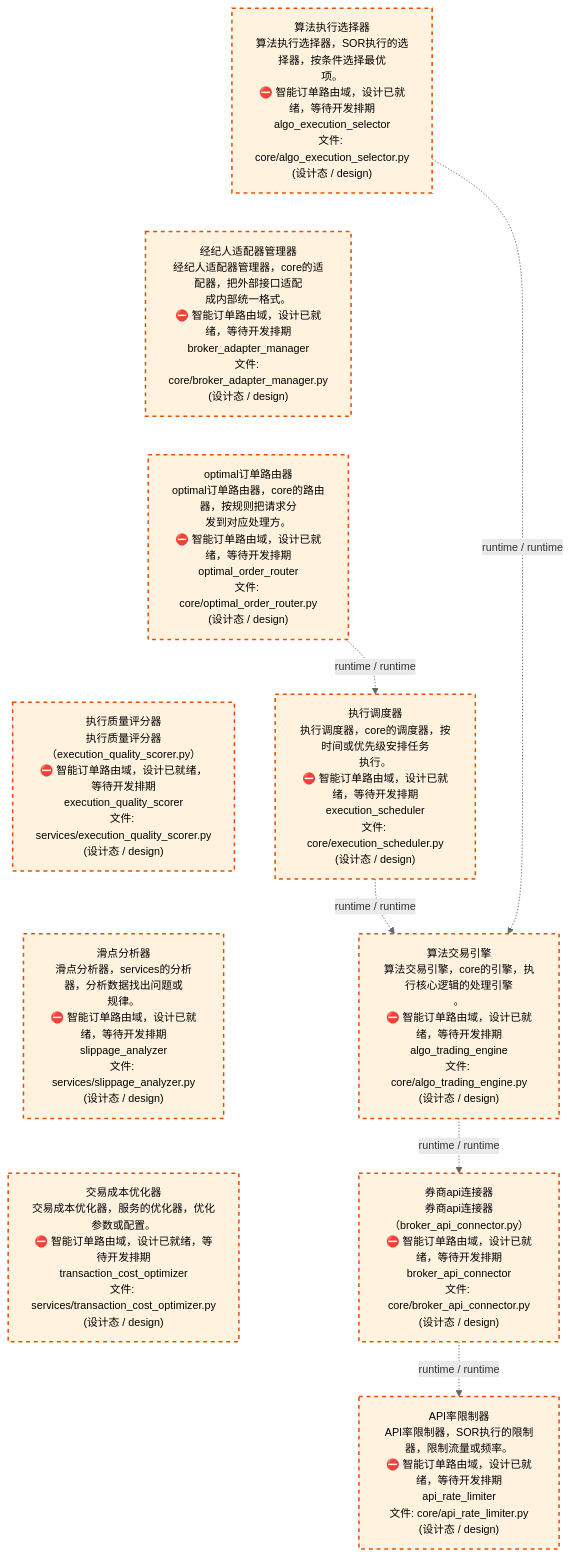
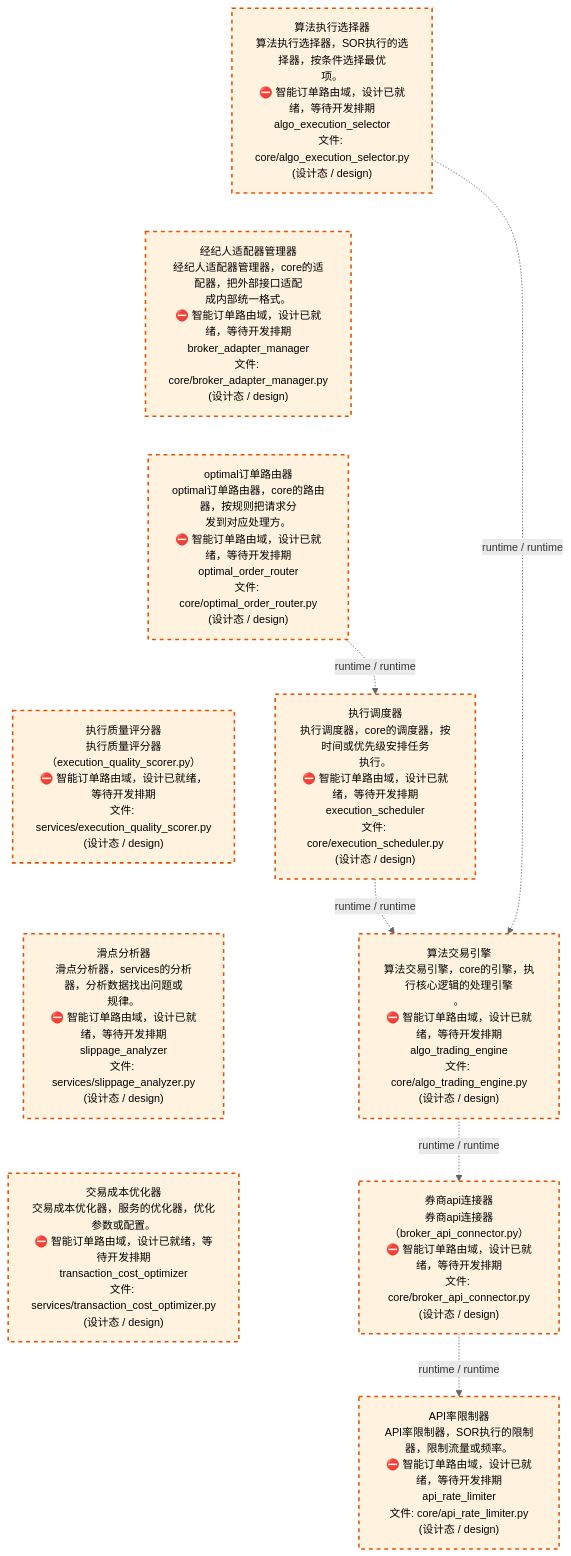
The third of 4 diagrams in docs/02_enterprise_architecture/02_domain_architecture_docs/45_d_ex_sor.md (xuanFelixVan/ZephyrAlpha), drawn with Mermaid before and after one commit. The commit also changed other lines of this file and 60 other files, not shown here.

````diff
--- a/docs/02_enterprise_architecture/02_domain_architecture_docs/45_d_ex_sor.md
+++ b/docs/02_enterprise_architecture/02_domain_architecture_docs/45_d_ex_sor.md
@@ -138,29 +138,29 @@
 ```mermaid
 %%{init: {'theme': 'base', 'themeVariables': {'primaryColor': '#eaeaea', 'primaryTextColor': '#333333', 'primaryBorderColor': '#666666', 'lineColor': '#666666', 'secondaryColor': '#eaeaea', 'tertiaryColor': '#eaeaea', 'fontSize': '14px'}}}%%
 flowchart TD
     src_zephyr_ex_sor_core_algo_execution_selector_py["算法执行选择器<br/>算法执行选择器，SOR执行的选择器，按条件选择最优<br/>项。<br/>⛔ 智能订单路由域，设计已就绪，等待开发排期<br/>algo_execution_selector<br/>文件: core/algo_execution_selector.py<br/>(设计态 / design)"]
     src_zephyr_ex_sor_core_broker_adapter_manager_py["经纪人适配器管理器<br/>经纪人适配器管理器，core的适配器，把外部接口适配<br/>成内部统一格式。<br/>⛔ 智能订单路由域，设计已就绪，等待开发排期<br/>broker_adapter_manager<br/>文件: core/broker_adapter_manager.py<br/>(设计态 / design)"]
     src_zephyr_ex_sor_core_optimal_order_router_py["optimal订单路由器<br/>optimal订单路由器，core的路由器，按规则把请求分<br/>发到对应处理方。<br/>⛔ 智能订单路由域，设计已就绪，等待开发排期<br/>optimal_order_router<br/>文件: core/optimal_order_router.py<br/>(设计态 / design)"]
-    src_zephyr_ex_sor_services_execution_quality_scorer_py["执行质量评分器<br/>执行质量评分器（execution_quality_scorer.py）<br/>⛔ 智能订单路由域，设计已就绪，等待开发排期<br/>execution_quality_scorer<br/>文件: services/execution_quality_scorer.py<br/>(设计态 / design)"]
+    src_zephyr_ex_sor_services_execution_quality_scorer_py["执行质量评分器<br/>执行质量评分器（execution_quality_scorer.py）<br/>⛔ 智能订单路由域，设计已就绪，等待开发排期<br/>文件: services/execution_quality_scorer.py<br/>(设计态 / design)"]
     src_zephyr_ex_sor_services_slippage_analyzer_py["滑点分析器<br/>滑点分析器，services的分析器，分析数据找出问题或<br/>规律。<br/>⛔ 智能订单路由域，设计已就绪，等待开发排期<br/>slippage_analyzer<br/>文件: services/slippage_analyzer.py<br/>(设计态 / design)"]
     src_zephyr_ex_sor_services_transaction_cost_optimizer_py["交易成本优化器<br/>交易成本优化器，服务的优化器，优化参数或配置。<br/>⛔ 智能订单路由域，设计已就绪，等待开发排期<br/>transaction_cost_optimizer<br/>文件: services/transaction_cost_optimizer.py<br/>(设计态 / design)"]
     src_zephyr_ex_sor_core_algo_execution_selector_py ~~~ src_zephyr_ex_sor_core_broker_adapter_manager_py
     src_zephyr_ex_sor_core_broker_adapter_manager_py ~~~ src_zephyr_ex_sor_core_optimal_order_router_py
     src_zephyr_ex_sor_core_optimal_order_router_py ~~~ src_zephyr_ex_sor_services_execution_quality_scorer_py
     src_zephyr_ex_sor_services_execution_quality_scorer_py ~~~ src_zephyr_ex_sor_services_slippage_analyzer_py
     src_zephyr_ex_sor_services_slippage_analyzer_py ~~~ src_zephyr_ex_sor_services_transaction_cost_optimizer_py
     src_zephyr_ex_sor_core_execution_scheduler_py["执行调度器<br/>执行调度器，core的调度器，按时间或优先级安排任务<br/>执行。<br/>⛔ 智能订单路由域，设计已就绪，等待开发排期<br/>execution_scheduler<br/>文件: core/execution_scheduler.py<br/>(设计态 / design)"]
     src_zephyr_ex_sor_core_algo_trading_engine_py["算法交易引擎<br/>算法交易引擎，core的引擎，执行核心逻辑的处理引擎<br/>。<br/>⛔ 智能订单路由域，设计已就绪，等待开发排期<br/>algo_trading_engine<br/>文件: core/algo_trading_engine.py<br/>(设计态 / design)"]
-    src_zephyr_ex_sor_core_broker_api_connector_py["券商api连接器<br/>券商api连接器（broker_api_connector.py）<br/>⛔ 智能订单路由域，设计已就绪，等待开发排期<br/>broker_api_connector<br/>文件: core/broker_api_connector.py<br/>(设计态 / design)"]
+    src_zephyr_ex_sor_core_broker_api_connector_py["券商api连接器<br/>券商api连接器（broker_api_connector.py）<br/>⛔ 智能订单路由域，设计已就绪，等待开发排期<br/>文件: core/broker_api_connector.py<br/>(设计态 / design)"]
     src_zephyr_ex_sor_core_api_rate_limiter_py["API率限制器<br/>API率限制器，SOR执行的限制器，限制流量或频率。<br/>⛔ 智能订单路由域，设计已就绪，等待开发排期<br/>api_rate_limiter<br/>文件: core/api_rate_limiter.py<br/>(设计态 / design)"]
     src_zephyr_ex_sor_core_optimal_order_router_py -.->|runtime / runtime| src_zephyr_ex_sor_core_execution_scheduler_py
     src_zephyr_ex_sor_core_execution_scheduler_py -.->|runtime / runtime| src_zephyr_ex_sor_core_algo_trading_engine_py
     src_zephyr_ex_sor_core_algo_trading_engine_py -.->|runtime / runtime| src_zephyr_ex_sor_core_broker_api_connector_py
     src_zephyr_ex_sor_core_algo_execution_selector_py -.->|runtime / runtime| src_zephyr_ex_sor_core_algo_trading_engine_py
     src_zephyr_ex_sor_core_broker_api_connector_py -.->|runtime / runtime| src_zephyr_ex_sor_core_api_rate_limiter_py
     classDef production fill:#e1f5fe,stroke:#01579b,stroke-width:2px,color:#000
     classDef design fill:#fff3e0,stroke:#e65100,stroke-width:2px,color:#000,stroke-dasharray: 5 5
     classDef external_prod fill:#e8f4fd,stroke:#0277bd,stroke-width:1px,color:#000
     classDef external_design fill:#fff8e7,stroke:#ef6c00,stroke-width:1px,color:#000,stroke-dasharray: 5 5
     class src_zephyr_ex_sor_core_algo_execution_selector_py,src_zephyr_ex_sor_core_algo_trading_engine_py,src_zephyr_ex_sor_core_api_rate_limiter_py,src_zephyr_ex_sor_core_broker_adapter_manager_py,src_zephyr_ex_sor_core_broker_api_connector_py,src_zephyr_ex_sor_core_execution_scheduler_py,src_zephyr_ex_sor_core_optimal_order_router_py,src_zephyr_ex_sor_services_execution_quality_scorer_py,src_zephyr_ex_sor_services_slippage_analyzer_py,src_zephyr_ex_sor_services_transaction_cost_optimizer_py design
 ```
````
